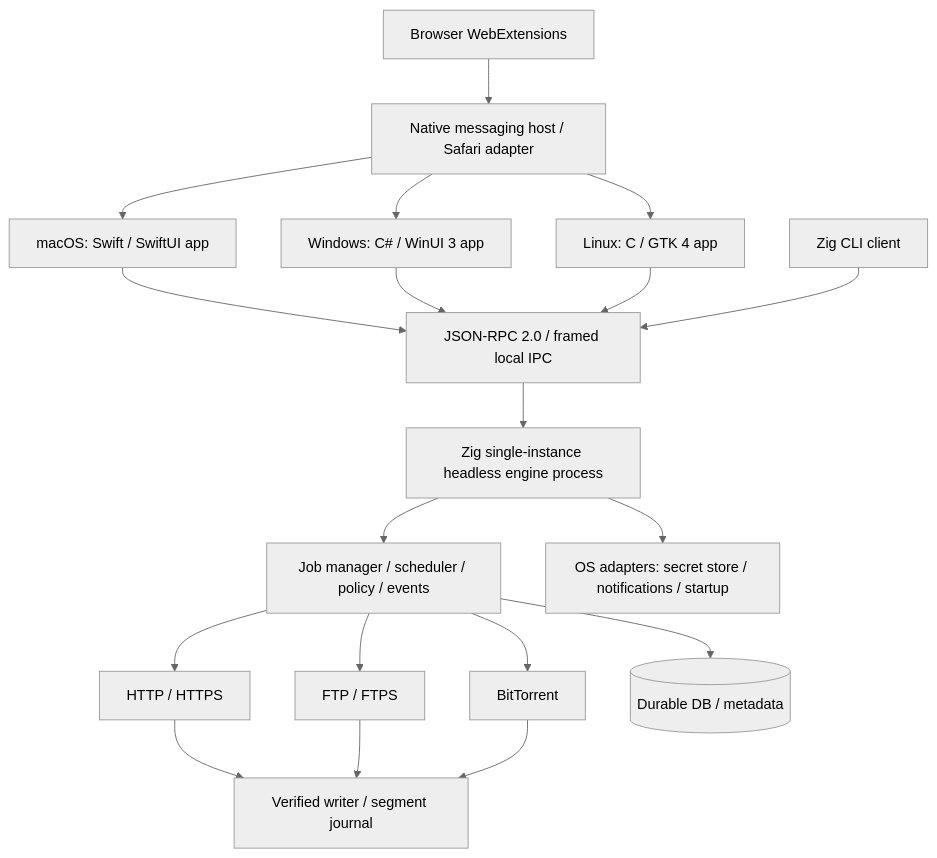
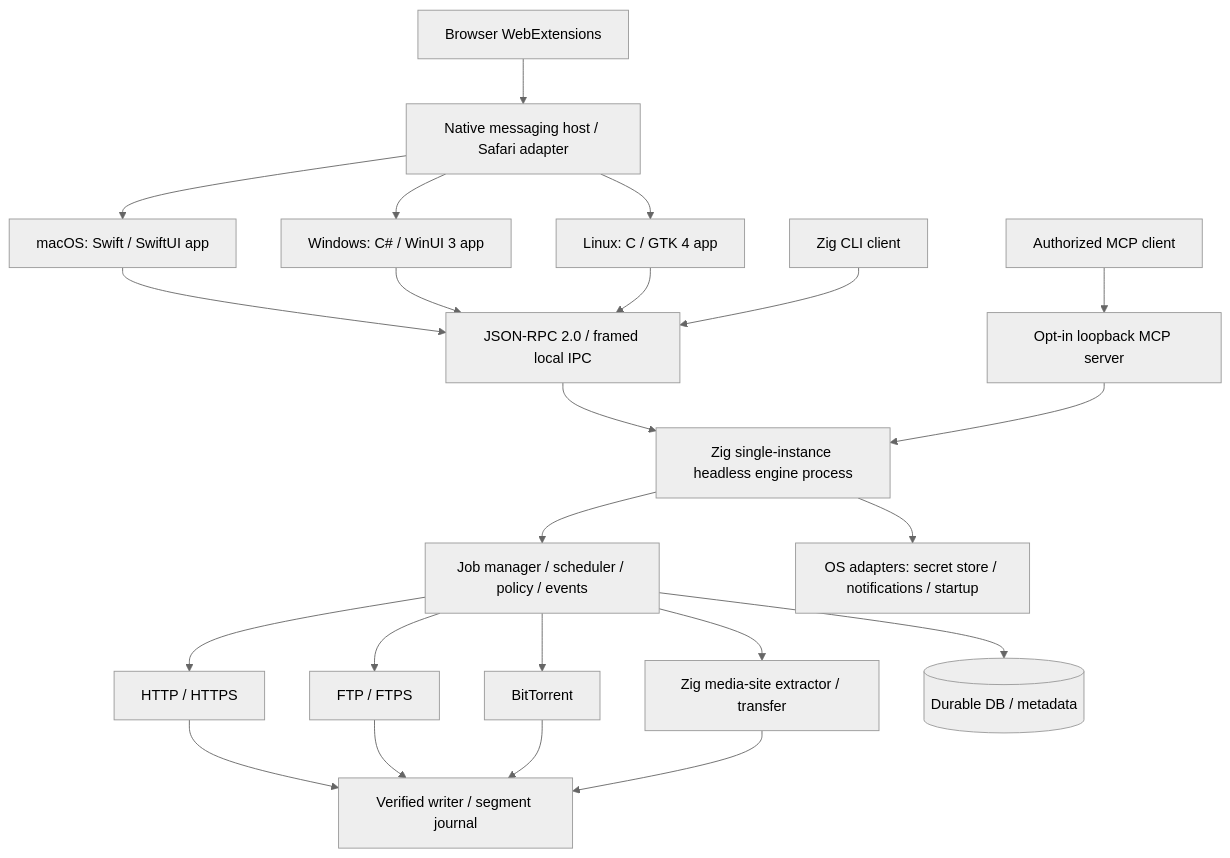
Before and after one commit to MJKhaani/SpeedDownload: the diagram in PROJECT.md, drawn with Mermaid (neutral theme). The commit also changed other lines of this file, not shown here.

Commit message:
Specify named queues MCP server and media downloads

````diff
--- a/PROJECT.md
+++ b/PROJECT.md
@@ -245,21 +271,25 @@
 ```mermaid
 flowchart TD
   MAC[macOS: Swift / SwiftUI app] --> IPC[JSON-RPC 2.0 / framed local IPC]
   WIN[Windows: C# / WinUI 3 app] --> IPC
   LIN[Linux: C / GTK 4 app] --> IPC
   CLI[Zig CLI client] --> IPC
+  AGENT[Authorized MCP client] --> MCP[Opt-in loopback MCP server]
   EXT[Browser WebExtensions] --> NM[Native messaging host / Safari adapter]
   NM --> MAC
   NM --> WIN
   NM --> LIN
   IPC --> DAEMON[Zig single-instance headless engine process]
+  MCP --> DAEMON
   DAEMON --> CORE[Job manager / scheduler / policy / events]
   CORE --> HTTP[HTTP / HTTPS]
   CORE --> FTP[FTP / FTPS]
   CORE --> BT[BitTorrent]
+  CORE --> MEDIA[Zig media-site extractor / transfer]
   HTTP --> STORE[Verified writer / segment journal]
   FTP --> STORE
   BT --> STORE
+  MEDIA --> STORE
   CORE --> DB[(Durable DB / metadata)]
   DAEMON --> OS[OS adapters: secret store / notifications / startup]
 ```
````
